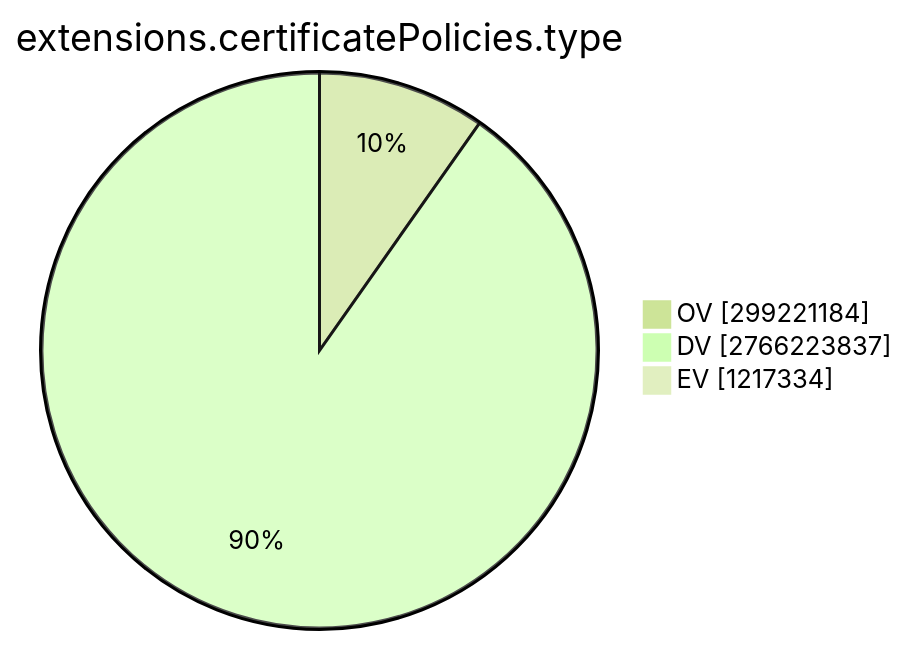
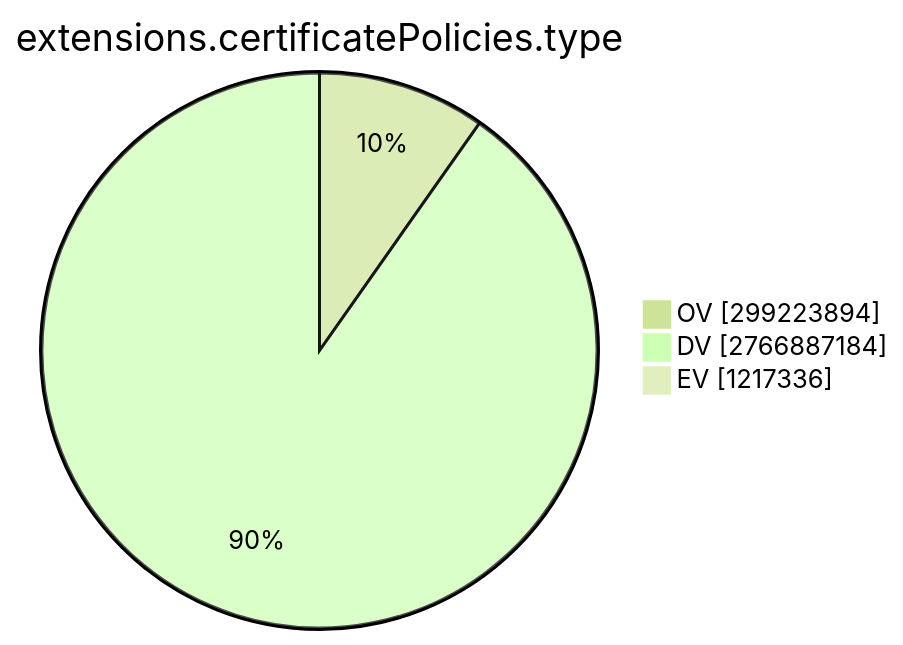
Before and after one commit to christiankrug/ctmonitor_visualization: the ninth of 15 diagrams in TOTAL/README.md, drawn with Mermaid (forest theme). The commit also changed other lines of this file, not shown here.

````diff
--- a/TOTAL/README.md
+++ b/TOTAL/README.md
@@ -3101,7 +3101,7 @@
 ```mermaid
 pie showData
 title extensions.certificatePolicies.type
-"OV" :299221184
-"DV" :2766223837
-"EV" :1217334
+"OV" :299223894
+"DV" :2766887184
+"EV" :1217336
 ```
````
